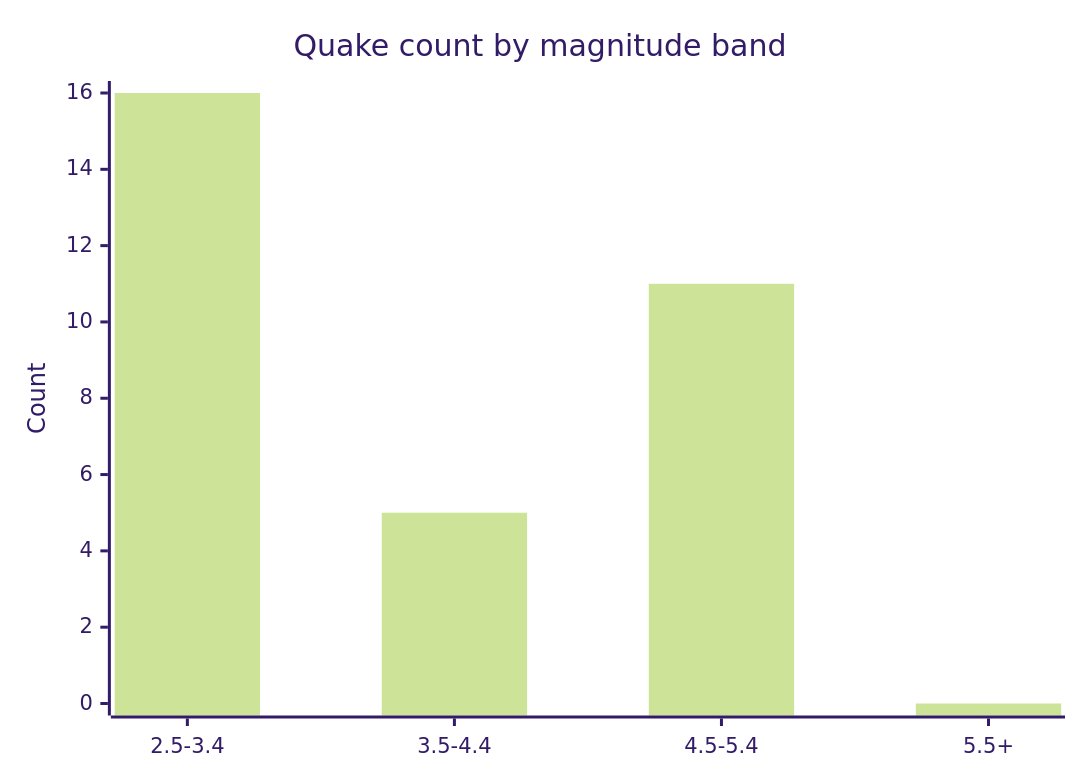
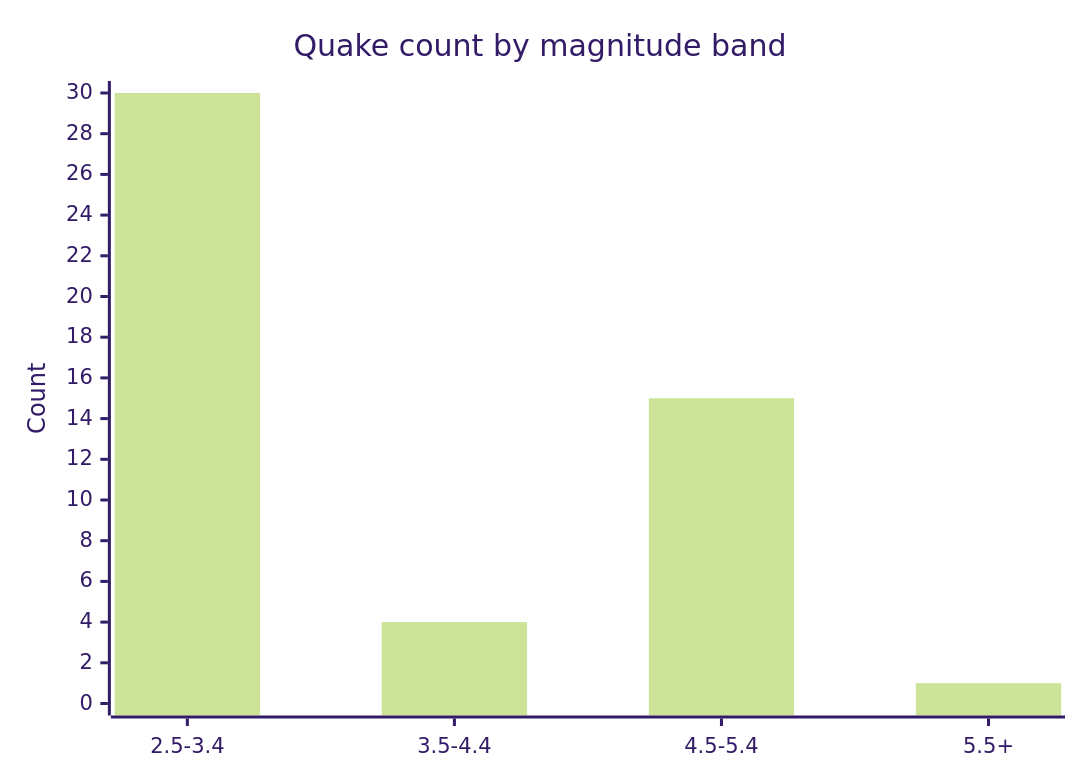
Before and after one commit to Midwest-Stratospheric/aerostratospheric-defense-gir: the fifth of 6 diagrams in docs/GRAPHS.md, drawn with Mermaid (forest theme). The commit also changed other lines of this file and 24 other files, not shown here.

````diff
--- a/docs/GRAPHS.md
+++ b/docs/GRAPHS.md
@@ -82,7 +82,7 @@
 ```mermaid
 xychart-beta
   title "Quake count by magnitude band"
   x-axis ["2.5-3.4", "3.5-4.4", "4.5-5.4", "5.5+"]
-  y-axis "Count" 0 --> 16
-  bar [16, 5, 11, 0]
+  y-axis "Count" 0 --> 30
+  bar [30, 4, 15, 1]
 ```
````
